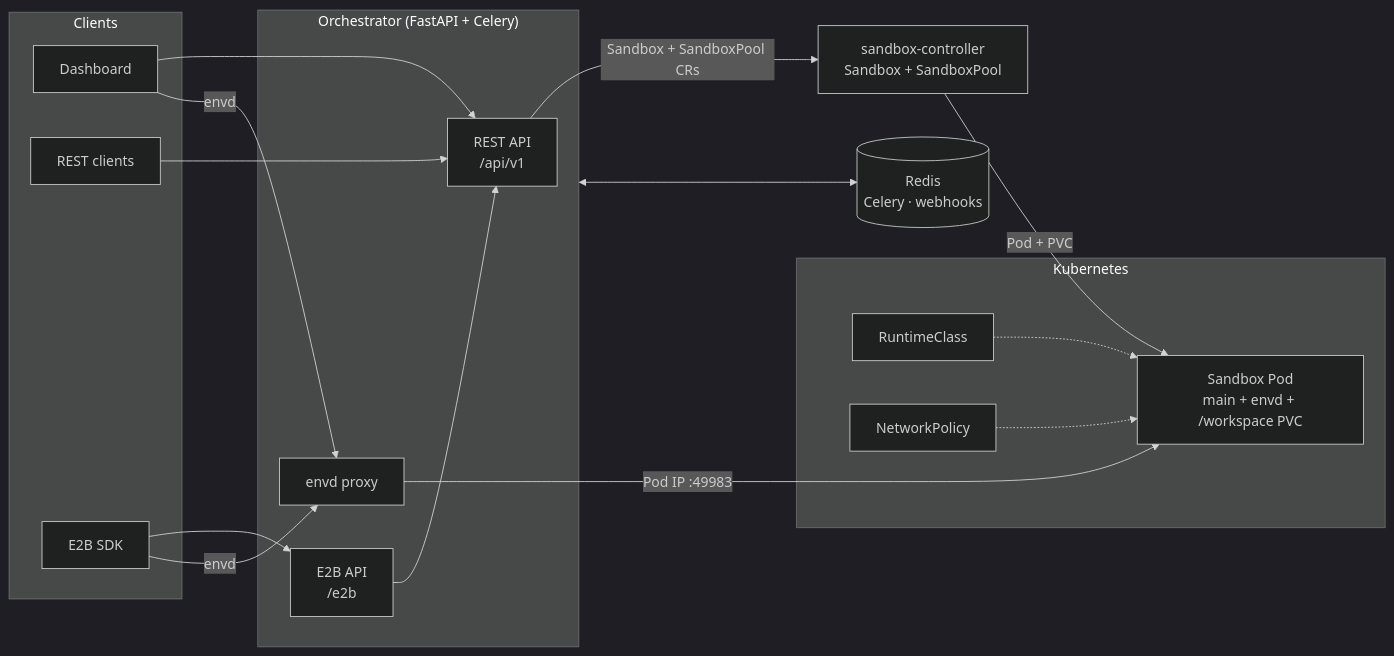
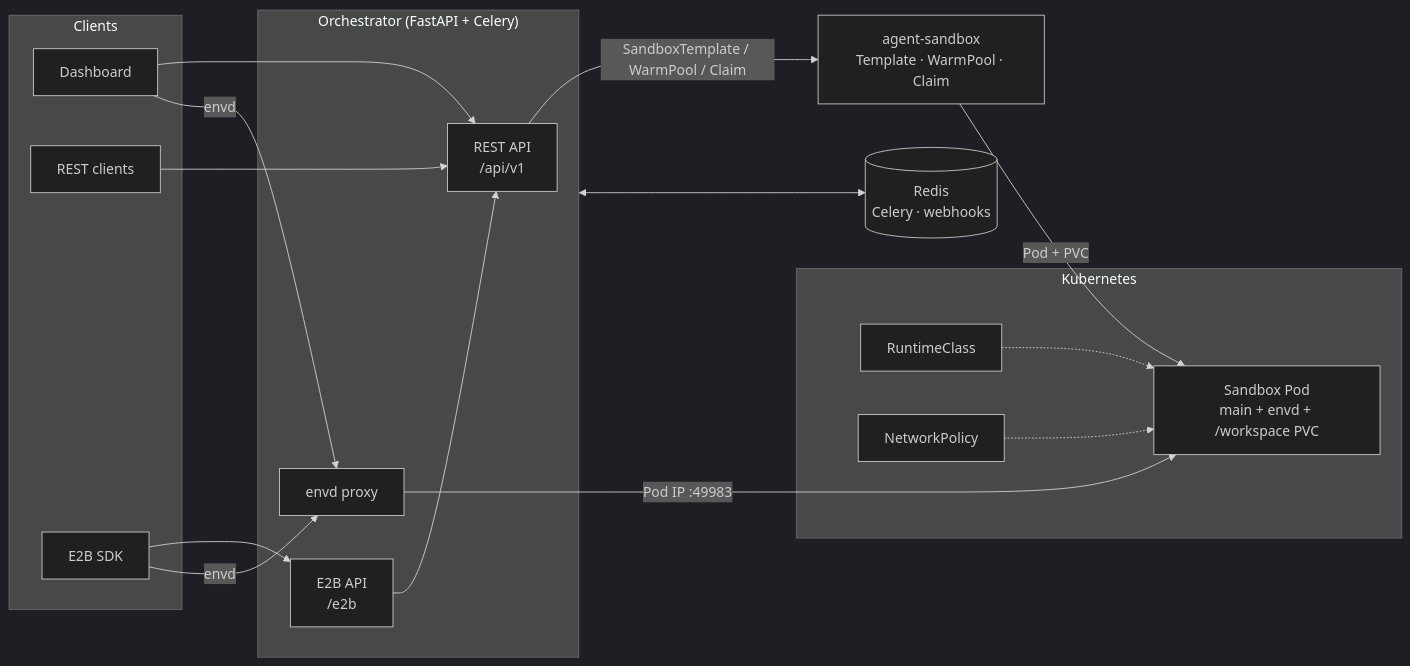
One commit to iwrs712/litterbox changed the diagram in README.md. Above: the diagram before and after it, drawn with Mermaid (dark theme). The commit also changed other lines of this file and 24 other files, not shown here.

````diff
--- a/README.md
+++ b/README.md
@@ -55,36 +55,36 @@
 ```mermaid
 flowchart LR
     subgraph Clients["Clients"]
         Dashboard["Dashboard"]
         RestClient["REST clients"]
         Sdk["E2B SDK"]
     end
 
     subgraph Orchestrator["Orchestrator  (FastAPI + Celery)"]
         Rest["REST API\n/api/v1"]
         E2B["E2B API\n/e2b"]
         Proxy["envd proxy"]
     end
 
-    Controller["sandbox-controller\nSandbox + SandboxPool"]
+    Controller["agent-sandbox\nTemplate · WarmPool · Claim"]
     Redis[("Redis\nCelery · webhooks")]
 
     subgraph Cluster["Kubernetes"]
         Sandbox["Sandbox Pod\nmain + envd + /workspace PVC"]
         Runtime["RuntimeClass"]
         NetPol["NetworkPolicy"]
     end
 
     Dashboard --> Rest
     RestClient --> Rest
     Sdk --> E2B
     Sdk -->|"envd"| Proxy
     Dashboard -->|"envd"| Proxy
-    Rest -->|"Sandbox + SandboxPool CRs"| Controller
+    Rest -->|"SandboxTemplate / WarmPool / Claim"| Controller
     Controller -->|"Pod + PVC"| Sandbox
     E2B --> Rest
     Orchestrator <--> Redis
     Proxy -->|"Pod IP :49983"| Sandbox
     Runtime -.-> Sandbox
     NetPol -.-> Sandbox
 ```
````
